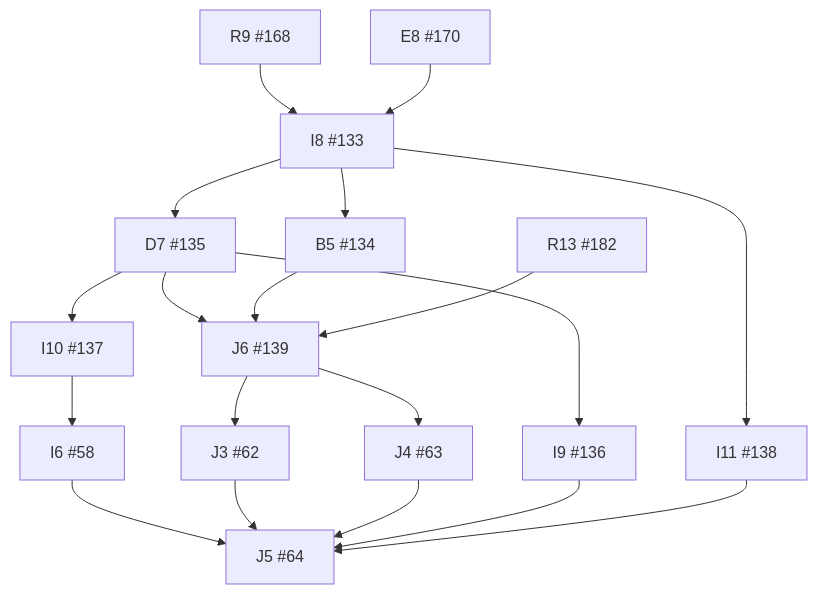
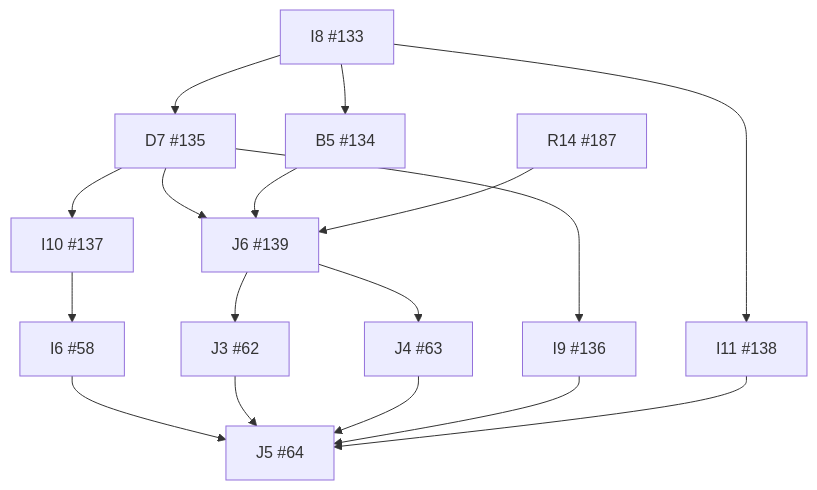
One commit to wojtekpiskorz/kiero changed the diagram in docs/implementation/dependency-graph.md. Above: the diagram before and after it, drawn with Mermaid. The commit also changed other lines of this file and 5 other files, not shown here.

````diff
--- a/docs/implementation/dependency-graph.md
+++ b/docs/implementation/dependency-graph.md
@@ -9,35 +9,31 @@
 ```mermaid
 flowchart TD
   I6["I6 #58"]
   J3["J3 #62"]
   J4["J4 #63"]
   J5["J5 #64"]
   I8["I8 #133"]
   B5["B5 #134"]
   D7["D7 #135"]
   I9["I9 #136"]
   I10["I10 #137"]
   I11["I11 #138"]
   J6["J6 #139"]
-  R9["R9 #168"]
-  E8["E8 #170"]
-  R13["R13 #182"]
+  R14["R14 #187"]
   I10 --> I6
   J6 --> J3
   J6 --> J4
   I6 --> J5
   J3 --> J5
   J4 --> J5
   I9 --> J5
   I11 --> J5
-  R9 --> I8
-  E8 --> I8
   I8 --> B5
   I8 --> D7
   D7 --> I9
   D7 --> I10
   I8 --> I11
   D7 --> J6
   B5 --> J6
-  R13 --> J6
+  R14 --> J6
 ```
````
